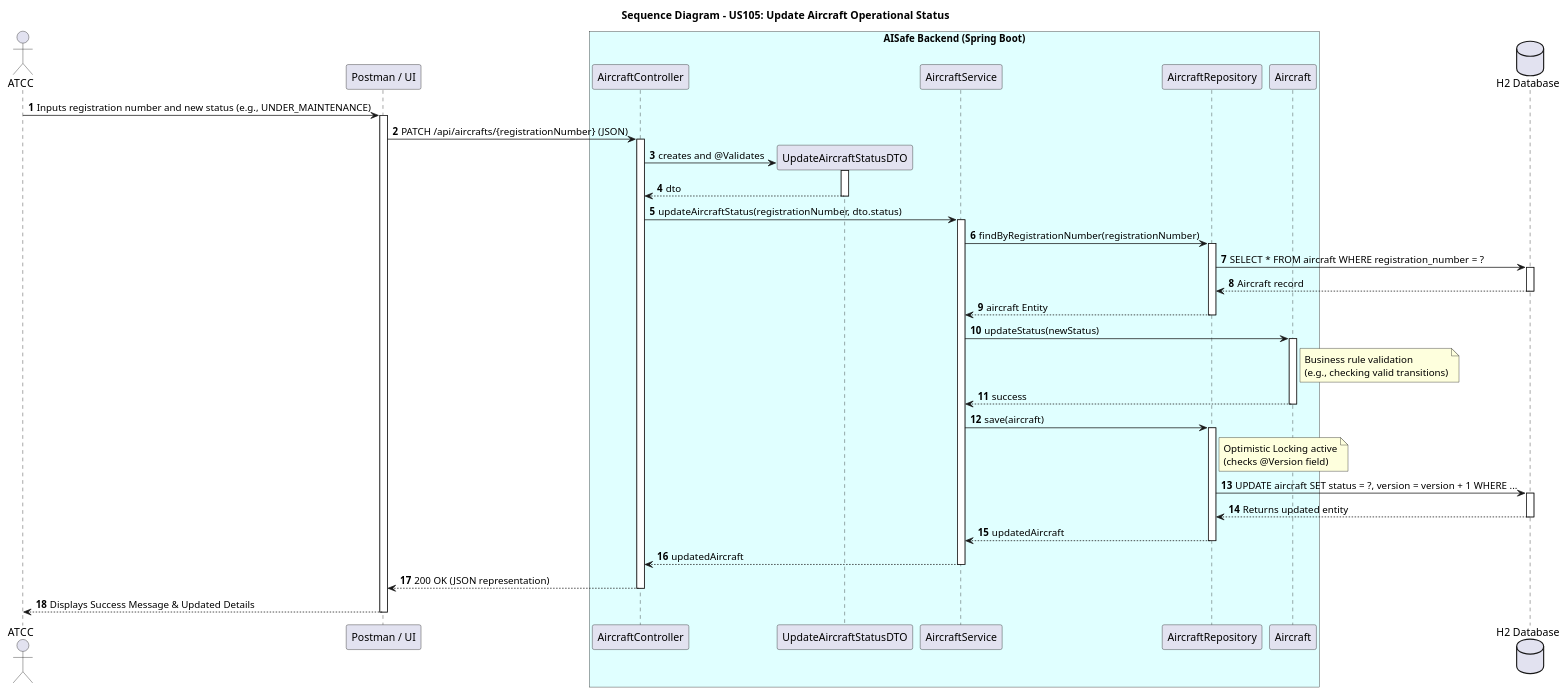
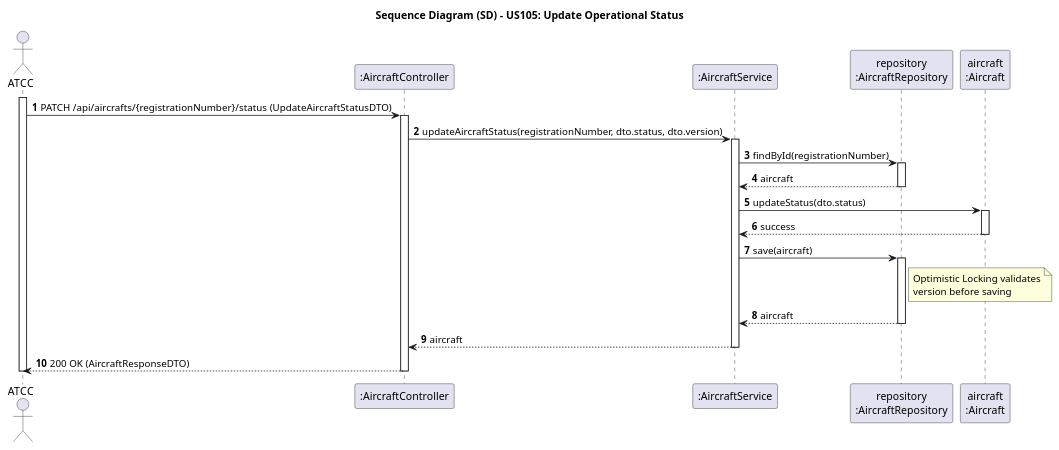
Before and after one commit to Andre-1240567/psoft2026_2DB_1240567_1241013_1240624: the diagram in docs/use-cases/WP#1A/US105/puml/US105-SD.puml, drawn with PlantUML. The commit also changed 21 other files, not shown here.

```diff
--- a/docs/use-cases/WP#1A/US105/puml/US105-SD.puml
+++ b/docs/use-cases/WP#1A/US105/puml/US105-SD.puml
@@ -1,64 +1,40 @@
-@startuml SD_US105
+@startuml US105-SD
 autonumber
-title Sequence Diagram - US105: Update Aircraft Operational Status
+title Sequence Diagram (SD) - US105: Update Operational Status
 
-actor "ATCC" as Actor
-participant "Postman / UI" as UI
-box "AISafe Backend (Spring Boot)" #LightCyan
-participant "AircraftController" as Ctrl
-participant "UpdateAircraftStatusDTO" as DTO
-participant "AircraftService" as Service
-participant "AircraftRepository" as Repo
-participant "Aircraft" as Domain
-end box
-database "H2 Database" as DB
+actor "ATCC" as ATCC
+participant ":AircraftController" as Ctrl
+participant ":AircraftService" as Service
+participant "repository\n:AircraftRepository" as Repo
+participant "aircraft\n:Aircraft" as Aircraft
 
-Actor -> UI: Inputs registration number and new status (e.g., UNDER_MAINTENANCE)
-activate UI
-
-UI -> Ctrl: PATCH /api/aircrafts/{registrationNumber} (JSON)
+activate ATCC
+ATCC -> Ctrl: PATCH /api/aircrafts/{registrationNumber}/status (UpdateAircraftStatusDTO)
 activate Ctrl
 
-Ctrl -> DTO**: creates and @Validates
-activate DTO
-DTO --> Ctrl: dto
-deactivate DTO
-
-Ctrl -> Service: updateAircraftStatus(registrationNumber, dto.status)
+Ctrl -> Service: updateAircraftStatus(registrationNumber, dto.status, dto.version)
 activate Service
 
-Service -> Repo: findByRegistrationNumber(registrationNumber)
+Service -> Repo: findById(registrationNumber)
 activate Repo
-Repo -> DB: SELECT * FROM aircraft WHERE registration_number = ?
-activate DB
-DB --> Repo: Aircraft record
-deactivate DB
-Repo --> Service: aircraft Entity
+Repo --> Service: aircraft
 deactivate Repo
 
-Service -> Domain: updateStatus(newStatus)
-activate Domain
-note right of Domain: Business rule validation\n(e.g., checking valid transitions)
-Domain --> Service: success
-deactivate Domain
+Service -> Aircraft: updateStatus(dto.status)
+activate Aircraft
+Aircraft --> Service: success
+deactivate Aircraft
 
 Service -> Repo: save(aircraft)
 activate Repo
-note right of Repo: Optimistic Locking active\n(checks @Version field)
-Repo -> DB: UPDATE aircraft SET status = ?, version = version + 1 WHERE ...
-activate DB
-DB --> Repo: Returns updated entity
-deactivate DB
-Repo --> Service: updatedAircraft
+note right of Repo: Optimistic Locking validates\nversion before saving
+Repo --> Service: aircraft
 deactivate Repo
 
-Service --> Ctrl: updatedAircraft
+Service --> Ctrl: aircraft
 deactivate Service
 
-Ctrl --> UI: 200 OK (JSON representation)
+Ctrl --> ATCC: 200 OK (AircraftResponseDTO)
 deactivate Ctrl
-
-UI --> Actor: Displays Success Message & Updated Details
-deactivate UI
-
+deactivate ATCC
 @enduml
```
